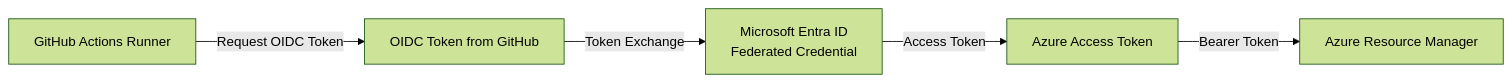
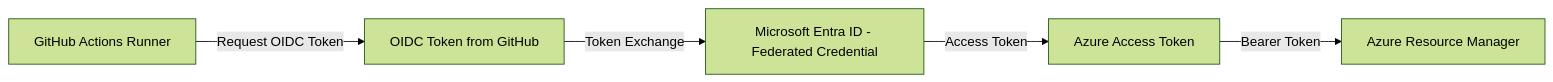
Before and after one commit to donaldcarol/azure-authentication-patterns: the third of 4 diagrams in README.md, drawn with Mermaid (forest theme). The commit also changed other lines of this file, not shown here.

````diff
--- a/README.md
+++ b/README.md
@@ -169,13 +155,13 @@
 ```mermaid
 flowchart LR
-    A[GitHub Actions Runner]
-    B[OIDC Token from GitHub]
-    C[Microsoft Entra ID<br/>Federated Credential]
-    D[Azure Access Token]
-    E[Azure Resource Manager]
+    A["GitHub Actions Runner"]
+    B["OIDC Token from GitHub"]
+    C["Microsoft Entra ID - Federated Credential"]
+    D["Azure Access Token"]
+    E["Azure Resource Manager"]
 
     A -->|Request OIDC Token| B
     B -->|Token Exchange| C
     C -->|Access Token| D
     D -->|Bearer Token| E
 ```
````
